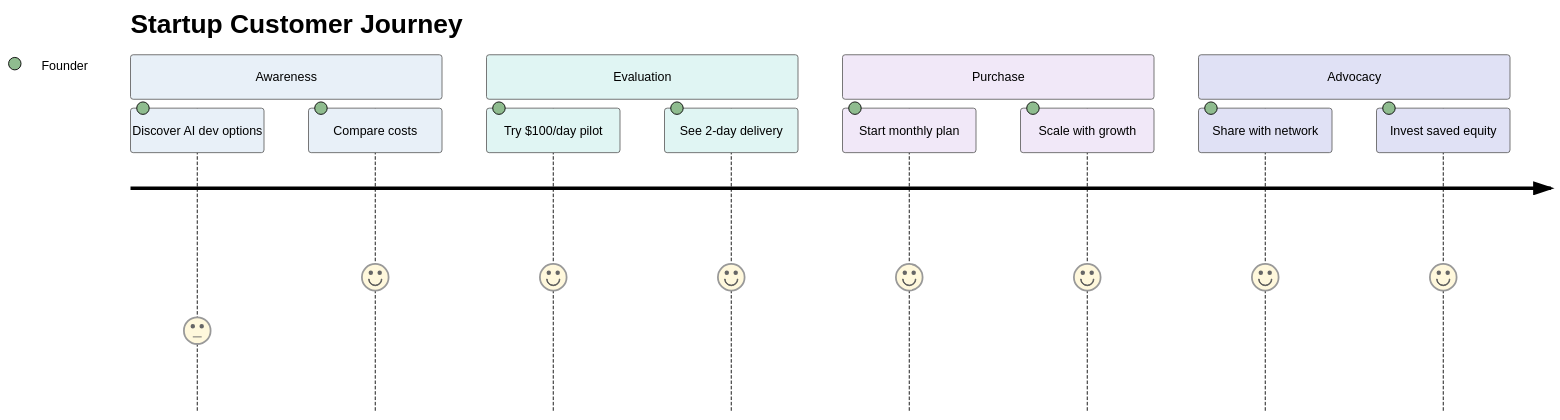
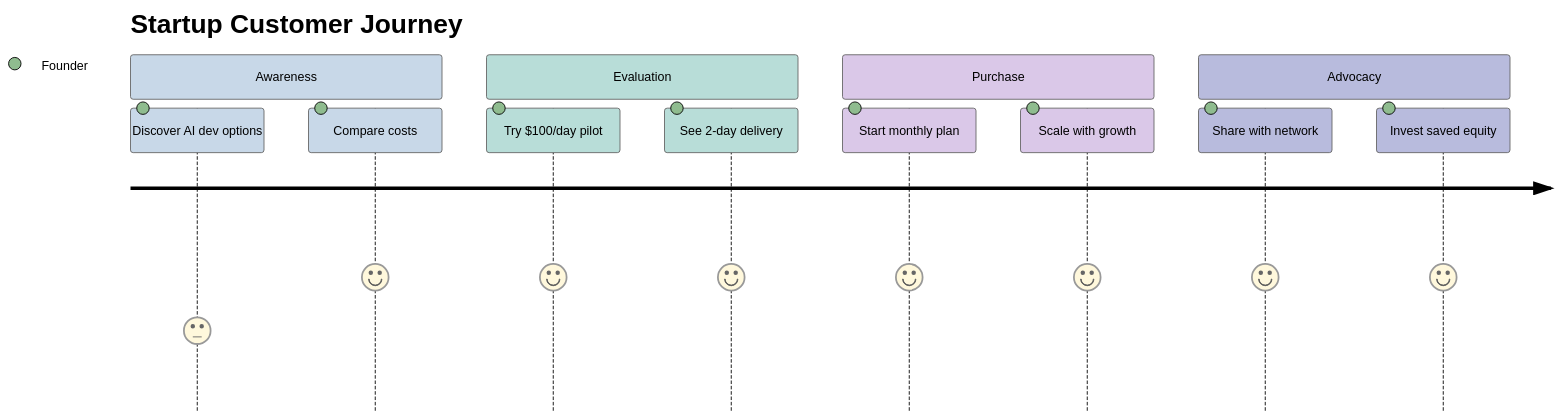
One commit to o2alexanderfedin/AI-Hive-Business-Docs changed the fifth of 7 diagrams in business-documents/market-analysis/04-customer-segments.md. Above: the diagram before and after it, drawn with Mermaid. The commit also changed 1 other file, not shown here.

Commit message:
Balance Startup Customer Journey colors and add design guidelines
- Update colors to balanced middle ground (not too pale, not too saturated)
- Add Mermaid diagram color guidelines to CLAUDE.md
- Primary: #C8D8E8, Secondary: #B8DDD8, Tertiary: #C5DEF0
- Provides good visibility while maintaining soft aesthetic

````diff
--- a/business-documents/market-analysis/04-customer-segments.md
+++ b/business-documents/market-analysis/04-customer-segments.md
@@ -442,78 +442,78 @@
 ```mermaid
 %%{init: {
   'theme': 'base',
   'themeVariables': {
-    'primaryColor': '#E8F0F8',
+    'primaryColor': '#C8D8E8',
     'primaryTextColor': '#000000',
-    'primaryBorderColor': '#D5E5F0',
-    'lineColor': '#D5E5F0',
-    'secondaryColor': '#E0F5F3',
+    'primaryBorderColor': '#B0C5D8',
+    'lineColor': '#B0C5D8',
+    'secondaryColor': '#B8DDD8',
     'secondaryTextColor': '#000000',
-    'secondaryBorderColor': '#C8E8E5',
-    'tertiaryColor': '#E5F3FC',
+    'secondaryBorderColor': '#9ECCC5',
+    'tertiaryColor': '#C5DEF0',
     'tertiaryTextColor': '#000000',
-    'tertiaryBorderColor': '#D0E8F5',
-    'background': '#FAFAFA',
-    'mainBkg': '#E8F0F8',
-    'secondBkg': '#E0F5F3',
-    'tertiaryBkg': '#E5F3FC',
+    'tertiaryBorderColor': '#A8CCDE',
+    'background': '#F8F8F8',
+    'mainBkg': '#C8D8E8',
+    'secondBkg': '#B8DDD8',
+    'tertiaryBkg': '#C5DEF0',
     'mainContrastColor': '#000000',
     'darkMode': false,
     'fontFamily': 'Arial, sans-serif',
     'fontSize': '14px',
-    'labelBackground': '#F5F5F5',
+    'labelBackground': '#F0F0F0',
     'textColor': '#000000',
-    'nodeBkg': '#ECEEF5',
+    'nodeBkg': '#D5D8E5',
     'nodeTextColor': '#000000',
-    'nodeBorder': '#DDE0EC',
-    'clusterBkg': '#F5E8EC',
-    'clusterBorder': '#ECDDE3',
-    'defaultLinkColor': '#D5E5F0',
+    'nodeBorder': '#C0C5D8',
+    'clusterBkg': '#E5D5DC',
+    'clusterBorder': '#D5C0CA',
+    'defaultLinkColor': '#B0C5D8',
     'titleColor': '#000000',
-    'edgeLabelBackground': '#FAFAFA',
-    'actorBorder': '#D5E5F0',
-    'actorBkg': '#ECEEF5',
+    'edgeLabelBackground': '#F8F8F8',
+    'actorBorder': '#B0C5D8',
+    'actorBkg': '#D5D8E5',
     'actorTextColor': '#000000',
-    'actorLineColor': '#D5E5F0',
+    'actorLineColor': '#B0C5D8',
     'signalColor': '#000000',
     'signalTextColor': '#000000',
-    'activationBorderColor': '#D5E5F0',
-    'activationBkgColor': '#F5E8EC',
+    'activationBorderColor': '#B0C5D8',
+    'activationBkgColor': '#E5D5DC',
     'sequenceNumberColor': '#000000',
-    'sectionBkgColor': '#FFF8E5',
-    'altSectionBkgColor': '#FFF0DD',
-    'sectionBkgColor2': '#F5E8EC',
-    'taskBorderColor': '#D5E5F0',
-    'taskBkgColor': '#ECEEF5',
+    'sectionBkgColor': '#F5E8D0',
+    'altSectionBkgColor': '#F0DFC5',
+    'sectionBkgColor2': '#E5D5DC',
+    'taskBorderColor': '#B0C5D8',
+    'taskBkgColor': '#D5D8E5',
     'taskTextColor': '#000000',
     'taskTextLightColor': '#000000',
     'taskTextOutsideColor': '#000000',
     'taskTextClickableColor': '#000000',
-    'activeTaskBorderColor': '#E8F0F8',
-    'activeTaskBkgColor': '#E5F3FC',
-    'gridColor': '#E0E0E0',
-    'doneTaskBkgColor': '#E0F5F3',
-    'doneTaskBorderColor': '#C8E8E5',
-    'critBorderColor': '#F5E0CC',
-    'critBkgColor': '#FFF0DD',
-    'todayLineColor': '#F5E0CC',
+    'activeTaskBorderColor': '#C8D8E8',
+    'activeTaskBkgColor': '#C5DEF0',
+    'gridColor': '#D8D8D8',
+    'doneTaskBkgColor': '#B8DDD8',
+    'doneTaskBorderColor': '#9ECCC5',
+    'critBorderColor': '#E5C8B0',
+    'critBkgColor': '#F0DFC5',
+    'todayLineColor': '#E5C8B0',
     'labelColor': '#000000',
-    'errorBkgColor': '#F5E8EC',
+    'errorBkgColor': '#E5D5DC',
     'errorTextColor': '#000000'
   }
 }}%%
 journey
     title Startup Customer Journey
     section Awareness
       Discover AI dev options: 3: Founder
       Compare costs: 5: Founder
     section Evaluation
       Try $100/day pilot: 5: Founder
       See 2-day delivery: 5: Founder
     section Purchase
       Start monthly plan: 5: Founder
       Scale with growth: 5: Founder
     section Advocacy
       Share with network: 5: Founder
       Invest saved equity: 5: Founder
 ```
````
